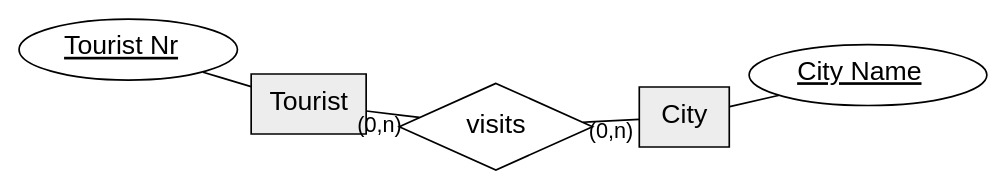
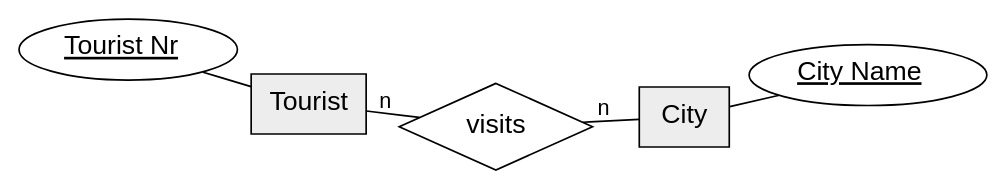
The diagram in DBI/3xHIF/Data_Modeling/02_ERM_Fundamentals/dot/cardinality-nton.dot (mfreimueller/lectures), drawn with Graphviz before and after one commit. The commit also changed 5 other files, not shown here.

Commit message:
DBI/3xHIF: changes to ERM diagrams to use simplistic cardinality

```diff
--- a/DBI/3xHIF/Data_Modeling/02_ERM_Fundamentals/dot/cardinality-nton.dot
+++ b/DBI/3xHIF/Data_Modeling/02_ERM_Fundamentals/dot/cardinality-nton.dot
@@ -1,19 +1,19 @@
 graph CardinalityNtoN {
     layout=neato;
     overlap=false;
     splines=line;
     node [fontname="Helvetica", fontsize=16];
     edge [fontname="Helvetica", fontsize=13];
 
     Tourist [shape=box, style=filled, fillcolor="#EDEDED"];
     City [shape=box, style=filled, fillcolor="#EDEDED"];
     visits [shape=diamond, style=filled, fillcolor="white", label="visits"];
 
     Tourist_Nr [shape=ellipse, label=<<u>Tourist Nr</u>>];
     City_Name [shape=ellipse, label=<<u>City Name</u>>];
 
     Tourist -- Tourist_Nr;
     City -- City_Name;
-    Tourist -- visits [label="(0,n)"];
-    visits -- City [label="(0,n)"];
+    Tourist -- visits [label="n"];
+    visits -- City [label="n"];
 }
```
